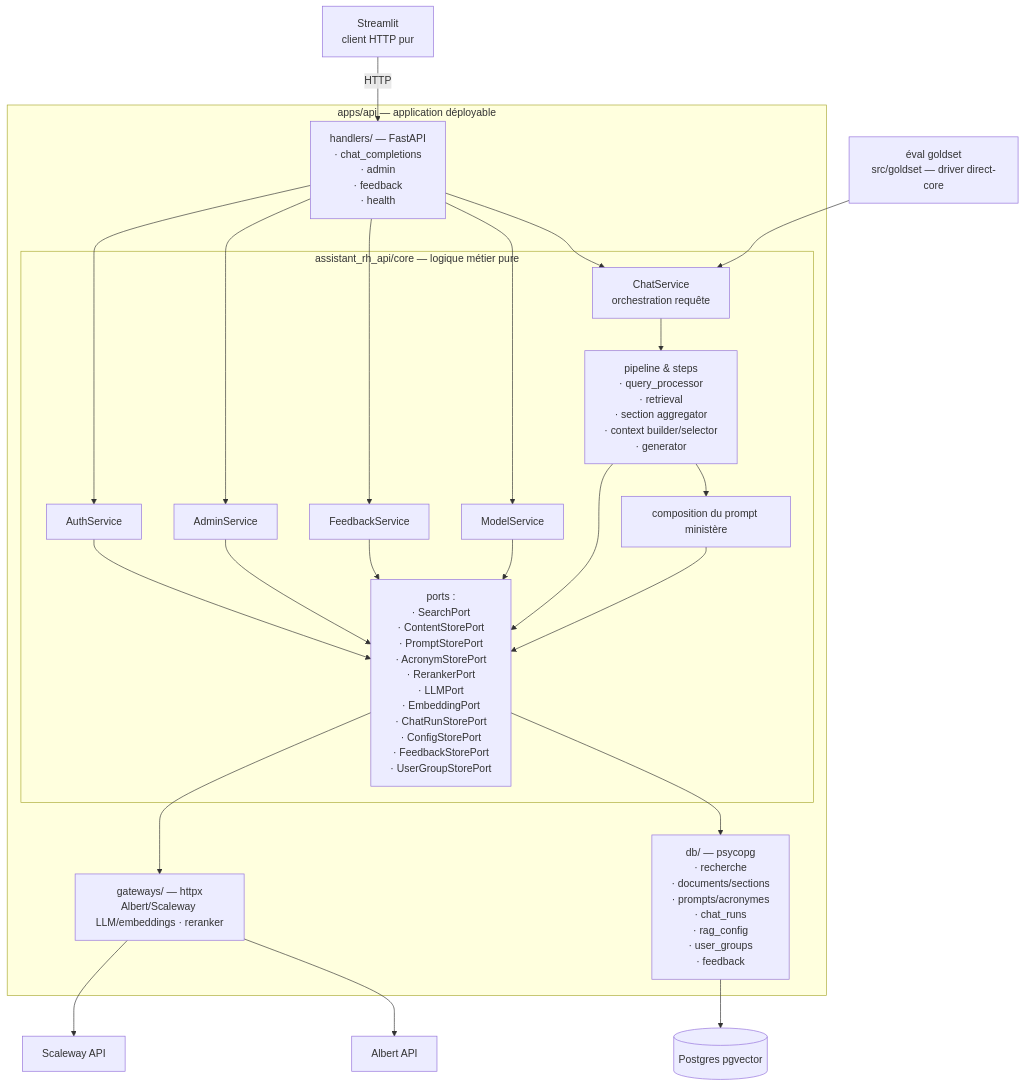
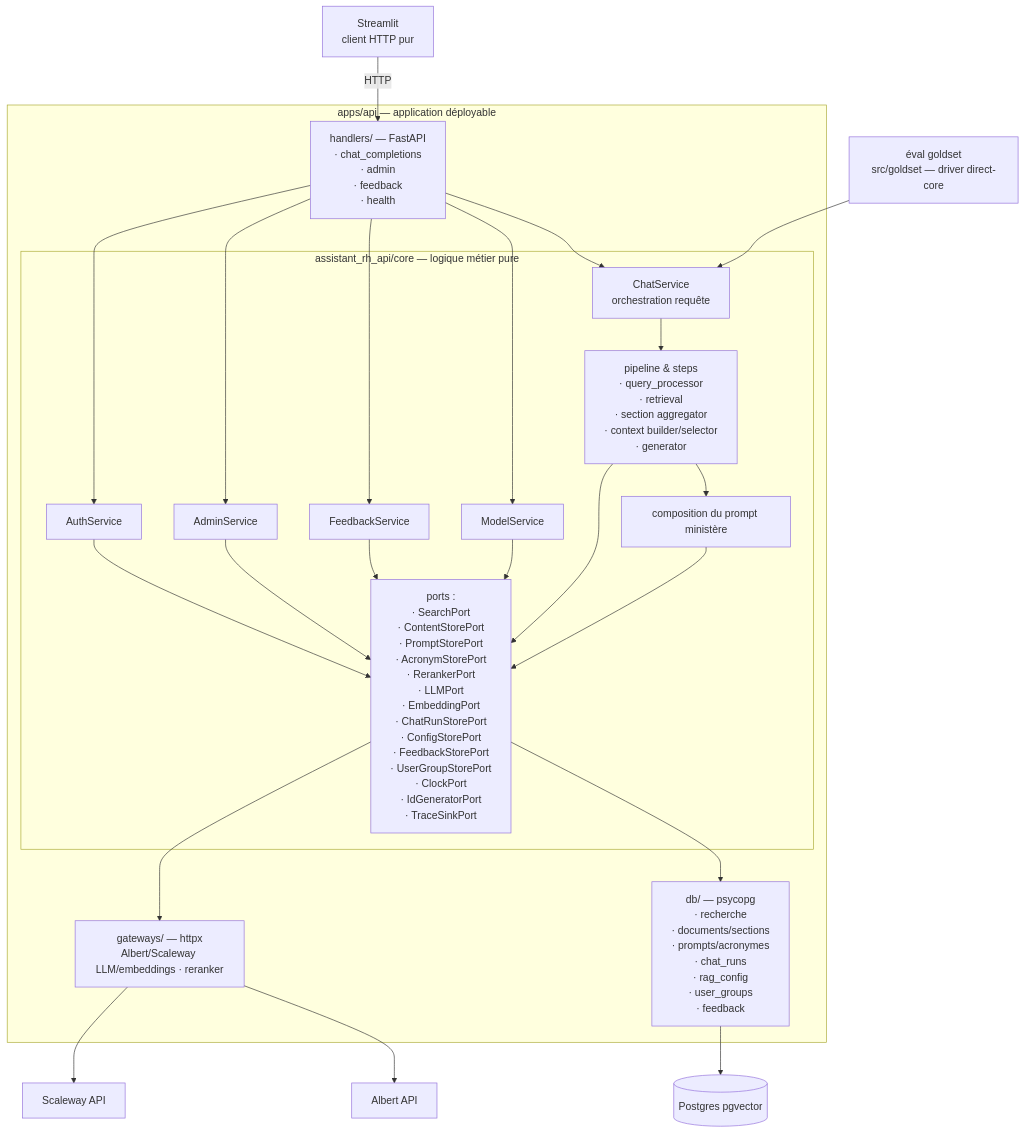
The diagram in docs/architecture/hexagonal-split/01-target-architecture.md (DGAFP/assistant-rh), drawn with Mermaid before and after one commit. The commit also changed other lines of this file and 4 other files, not shown here.

````diff
--- a/docs/architecture/hexagonal-split/01-target-architecture.md
+++ b/docs/architecture/hexagonal-split/01-target-architecture.md
@@ -7,48 +7,48 @@
 ```mermaid
 flowchart TB
     ST[Streamlit<br/>client HTTP pur]
     EV[éval goldset<br/>src/goldset — driver direct-core]
 
     subgraph api ["apps/api — application déployable"]
         H[handlers/ — FastAPI<br/>· chat_completions <br/> · admin <br/>· feedback <br/> · health]
 
         subgraph core ["assistant_rh_api/core — logique métier pure"]
             CS[ChatService<br/>orchestration requête]
             MS[ModelService]
             P[pipeline & steps<br/>· query_processor <br>· retrieval <br/> · section aggregator  <br/> · context builder/selector <br/> · generator]
             PP[composition du prompt ministère]
-            PO[ports :<br/>· SearchPort <br/>· ContentStorePort<br/>· PromptStorePort <br/>· AcronymStorePort<br/>· RerankerPort <br/>· LLMPort <br/>· EmbeddingPort<br/>· ChatRunStorePort <br/>· ConfigStorePort<br/>· FeedbackStorePort<br/>· UserGroupStorePort]
+            PO[ports :<br/>· SearchPort <br/>· ContentStorePort<br/>· PromptStorePort <br/>· AcronymStorePort<br/>· RerankerPort <br/>· LLMPort <br/>· EmbeddingPort<br/>· ChatRunStorePort <br/>· ConfigStorePort<br/>· FeedbackStorePort<br/>· UserGroupStorePort<br/>· ClockPort<br/>· IdGeneratorPort<br/>· TraceSinkPort]
 
 
             FS[FeedbackService]
 
             AS[AdminService]
             AU[AuthService]
 
         end
 
         DB[db/ — psycopg<br/>· recherche <br> · documents/sections <br> · prompts/acronymes<br/> · chat_runs <br> · rag_config <br> · user_groups <br> · feedback]
         GW[gateways/ — httpx<br/>Albert/Scaleway LLM/embeddings · reranker]
     end
 
     ST -->|HTTP| H
     H --> CS
     EV --> CS
     CS --> P
     P --> PP
     H --> MS
     MS --> PO
     P --> PO
     PP --> PO
     PO --> DB
     PO --> GW
     DB --> PG[(Postgres pgvector)]
     GW --> ALB[Albert API]
     GW --> SCW[Scaleway API]
     H --> FS
     FS --> PO
     H --> AS
     AS --> PO
     H --> AU
     AU --> PO
 ```
````
